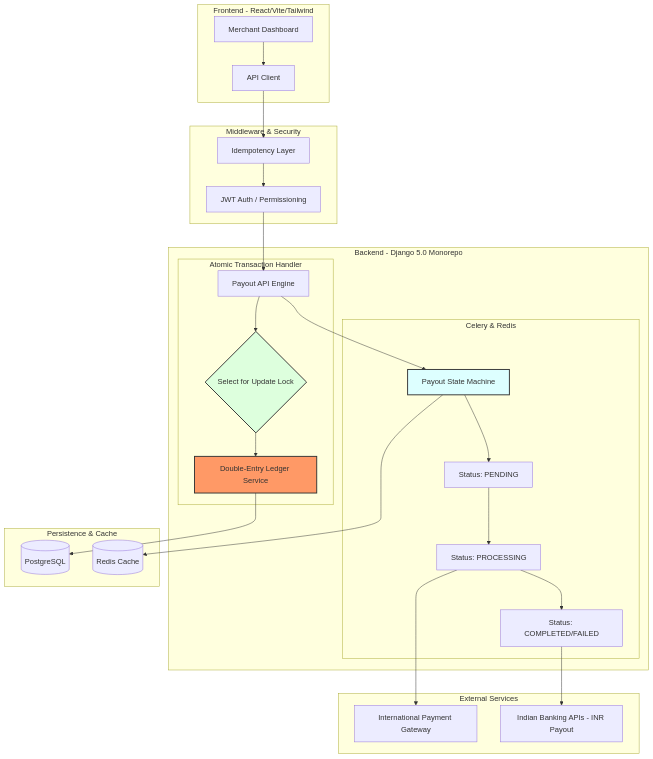
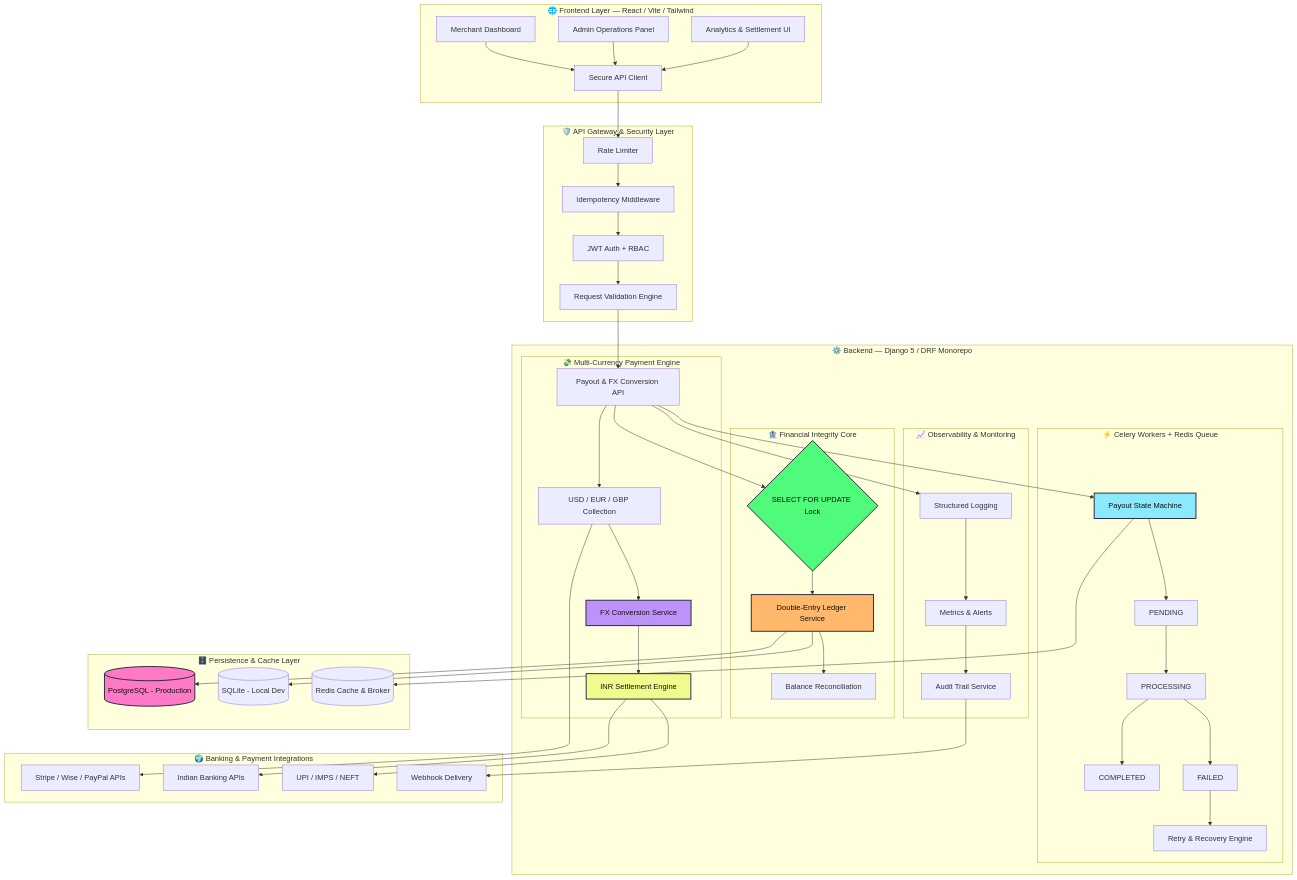
One commit to Prasadguru07/Playto_payment changed the diagram in README.md. Above: the diagram before and after it, drawn with Mermaid.

Commit message:
Enhance system architecture section in README
Updated system architecture diagram with additional components and improved formatting.

````diff
--- a/README.md
+++ b/README.md
@@ -22,41 +21,89 @@
 ```mermaid
 graph TB
-    subgraph Client_Layer [Frontend - React/Vite/Tailwind]
-        A[Merchant Dashboard] --> B[API Client]
+
+    %% =========================
+    %% CLIENT LAYER
+    %% =========================
+    subgraph Client_Layer [🌐 Frontend Layer — React / Vite / Tailwind]
+        A[Merchant Dashboard]
+        B[Admin Operations Panel]
+        C[Analytics & Settlement UI]
+        A --> D[Secure API Client]
+        B --> D
+        C --> D
     end
 
-    subgraph Security_Gate [Middleware & Security]
-        B --> C[Idempotency Layer]
-        C --> D[JWT Auth / Permissioning]
+    %% =========================
+    %% SECURITY LAYER
+    %% =========================
+    subgraph Security_Gateway [🛡️ API Gateway & Security Layer]
+        D --> E[Rate Limiter]
+        E --> F[Idempotency Middleware]
+        F --> G[JWT Auth + RBAC]
+        G --> H[Request Validation Engine]
     end
 
-    subgraph Application_Layer [Backend - Django 5.0 Monorepo]
-        D --> E[Payout API Engine]
-        
-        subgraph Transaction_Logic [Atomic Transaction Handler]
-            E --> F{Select for Update Lock}
-            F --> G[Double-Entry Ledger Service]
+    %% =========================
+    %% APPLICATION LAYER
+    %% =========================
+    subgraph Application_Layer [⚙️ Backend — Django 5 / DRF Monorepo]
+
+        H --> I[Payout & FX Conversion API]
+
+        subgraph Payment_Engine [💸 Multi-Currency Payment Engine]
+            I --> J[USD / EUR / GBP Collection]
+            J --> K[FX Conversion Service]
+            K --> L[INR Settlement Engine]
         end
-        
-        subgraph Async_Workers [Celery & Redis]
-            E --> H[Payout State Machine]
-            H --> I[Status: PENDING]
-            I --> J[Status: PROCESSING]
-            J --> K[Status: COMPLETED/FAILED]
+
+        subgraph Transaction_Core [🏦 Financial Integrity Core]
+            I --> M{SELECT FOR UPDATE Lock}
+            M --> N[Double-Entry Ledger Service]
+            N --> O[Balance Reconciliation]
+        end
+
+        subgraph Async_Workers [⚡ Celery Workers + Redis Queue]
+            I --> P[Payout State Machine]
+            P --> Q[PENDING]
+            Q --> R[PROCESSING]
+            R --> S[COMPLETED]
+            R --> T[FAILED]
+            T --> U[Retry & Recovery Engine]
+        end
+
+        subgraph Monitoring [📈 Observability & Monitoring]
+            I --> V[Structured Logging]
+            V --> W[Metrics & Alerts]
+            W --> X[Audit Trail Service]
         end
     end
 
-    subgraph Data_Layer [Persistence & Cache]
-        G --> L[(PostgreSQL)]
-        H --> M[(Redis Cache)]
+    %% =========================
+    %% DATA LAYER
+    %% =========================
+    subgraph Data_Layer [🗄️ Persistence & Cache Layer]
+        N --> Y[(PostgreSQL - Production)]
+        N --> Z[(SQLite - Local Dev)]
+        P --> AA[(Redis Cache & Broker)]
     end
 
-    subgraph External_Integrations [External Services]
-        J --> N[International Payment Gateway]
-        K --> O[Indian Banking APIs - INR Payout]
+    %% =========================
+    %% EXTERNAL SERVICES
+    %% =========================
+    subgraph External_Integrations [🌍 Banking & Payment Integrations]
+        J --> AB[Stripe / Wise / PayPal APIs]
+        L --> AC[Indian Banking APIs]
+        L --> AD[UPI / IMPS / NEFT]
+        X --> AE[Webhook Delivery]
     end
 
-    style G fill:#f96,stroke:#333,stroke-width:2px
-    style F fill:#dfd,stroke:#333,stroke-width:2px
-    style H fill:#dff,stroke:#333,stroke-width:2px
+    %% =========================
+    %% STYLING
+    %% =========================
+    style N fill:#ffb86c,stroke:#1f2937,stroke-width:2px,color:#111
+    style M fill:#50fa7b,stroke:#1f2937,stroke-width:2px,color:#111
+    style P fill:#8be9fd,stroke:#1f2937,stroke-width:2px,color:#111
+    style K fill:#bd93f9,stroke:#1f2937,stroke-width:2px,color:#111
+    style L fill:#f1fa8c,stroke:#1f2937,stroke-width:2px,color:#111
+    style Y fill:#ff79c6,stroke:#1f2937,stroke-width:2px,color:#111
 ```
````
